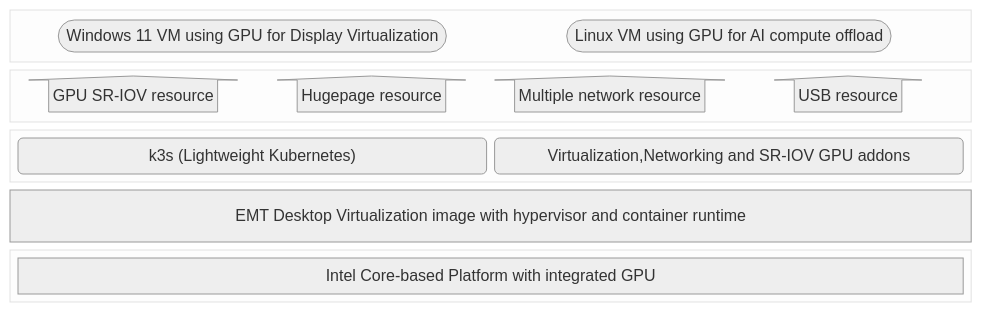
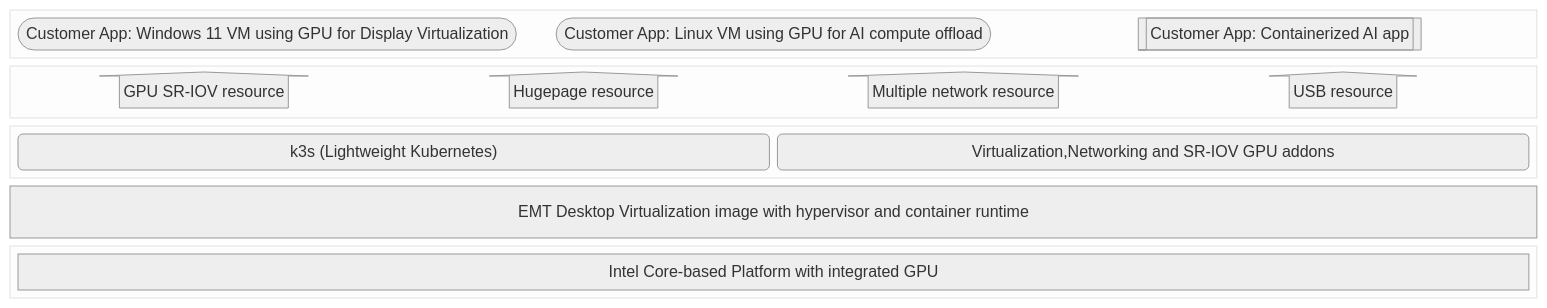
Before and after one commit to open-edge-platform/edge-microvisor-toolkit-standalone-node: the diagram in standalone-node/docs/user-guide/desktop-virtualization-image-guide.md, drawn with Mermaid (neutral theme).

Commit message:
Updating block diagram
Updating block diagram

````diff
--- a/standalone-node/docs/user-guide/desktop-virtualization-image-guide.md
+++ b/standalone-node/docs/user-guide/desktop-virtualization-image-guide.md
@@ -23,23 +23,24 @@
 ```mermaid
 block-beta
   columns 1
     block:APP      
-      WinVM(["Windows 11 VM using GPU for Display Virtualization"])      
-      LinuxVM(["Linux VM using GPU for AI compute offload"])
+      WinVM(["Customer App: Windows 11 VM using GPU for Display Virtualization"])      
+      LinuxVM(["Customer App: Linux VM using GPU for AI compute offload"])
+      AppPod[["Customer App: Containerized AI app"]]
     end    
     block:RESOURCES
       blockArrowId1<["GPU SR-IOV resource"]>(up)      
       blockArrowId2<["Hugepage resource"]>(up)
       blockArrowId3<["Multiple network resource"]>(up)
       blockArrowId4<["USB resource"]>(up)
     end
     block:KUBE      
       K3S("k3s (Lightweight Kubernetes)")
       SRIOV("Virtualization,Networking and SR-IOV GPU addons")
     end
     EMT["EMT Desktop Virtualization image with hypervisor and container runtime"]
     block:HARDWARE
       IntelCore["Intel Core-based Platform with integrated GPU"]
     end
     
 ```
````
